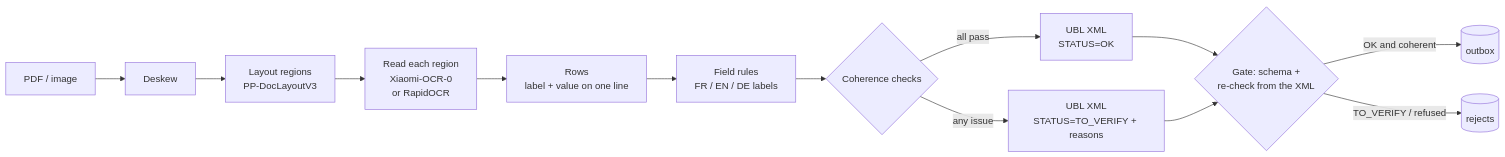
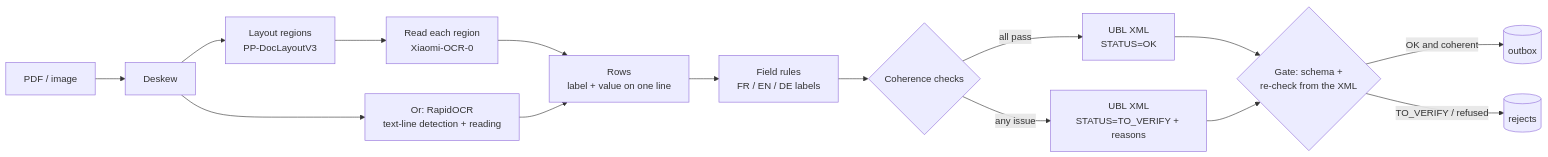
The diagram in README.md (NilsDavoine/invoice-ocr-local), drawn with Mermaid before and after one commit. The commit also changed other lines of this file and 9 other files, not shown here.

````diff
--- a/README.md
+++ b/README.md
@@ -22,15 +31,17 @@
 ```mermaid
 flowchart LR
     A[PDF / image] --> B[Deskew]
     B --> C[Layout regions<br/>PP-DocLayoutV3]
-    C --> D[Read each region<br/>Xiaomi-OCR-0<br/>or RapidOCR]
+    C --> D[Read each region<br/>Xiaomi-OCR-0]
+    B --> D2[Or: RapidOCR<br/>text-line detection + reading]
     D --> E[Rows<br/>label + value on one line]
+    D2 --> E
     E --> F[Field rules<br/>FR / EN / DE labels]
     F --> G{Coherence checks}
     G -- all pass --> H[UBL XML<br/>STATUS=OK]
     G -- any issue --> I[UBL XML<br/>STATUS=TO_VERIFY + reasons]
     H --> J{Gate: schema +<br/>re-check from the XML}
     I --> J
     J -- OK and coherent --> K[(outbox)]
     J -- TO_VERIFY / refused --> L[(rejects)]
 ```
````
